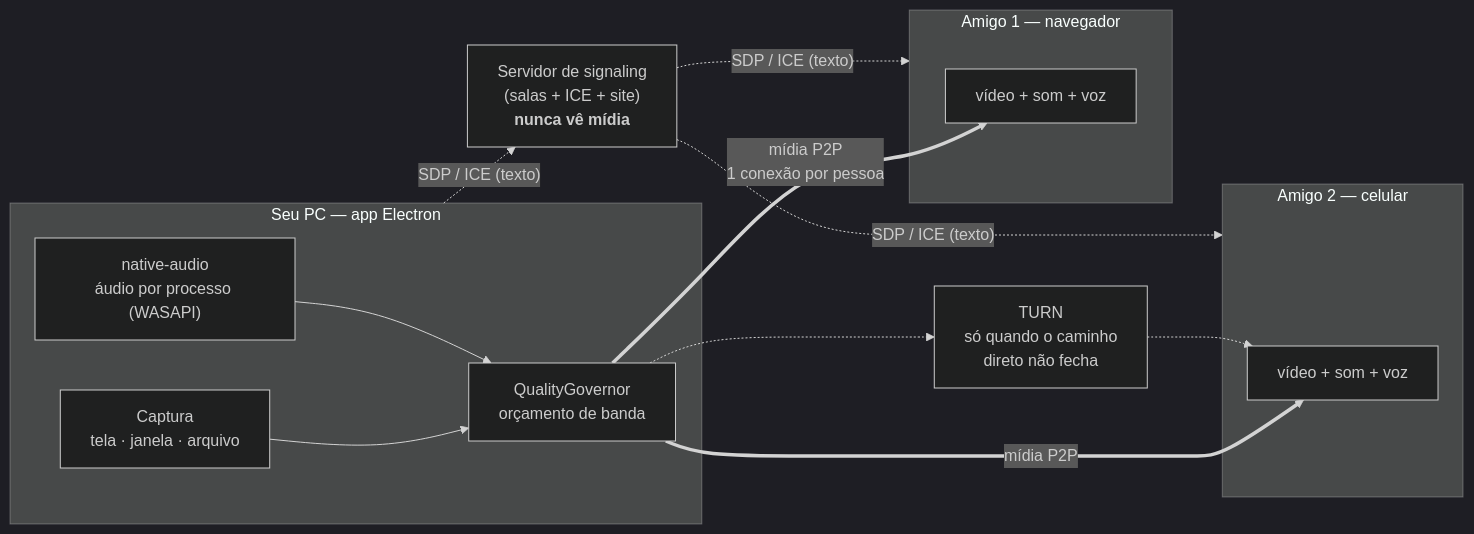
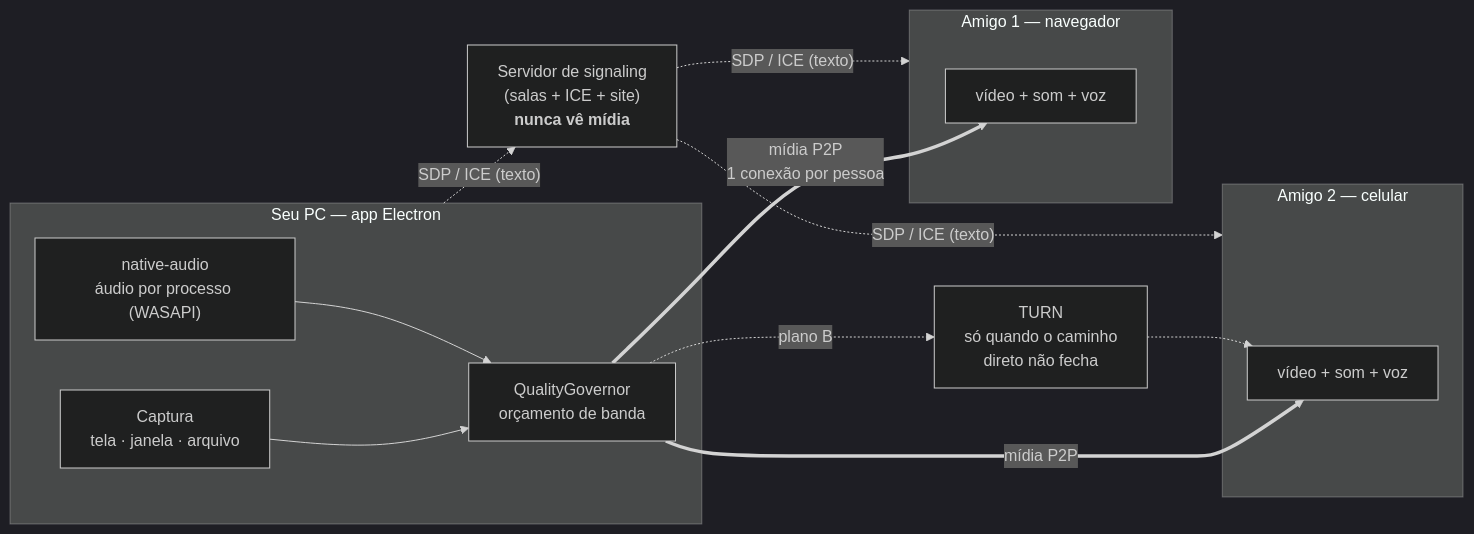
One commit to Lauiskk/junto changed the diagram in README.md. Above: the diagram before and after it, drawn with Mermaid (dark theme).

Commit message:
README: forma de rotulo mais legivel no diagrama mermaid
Troca `A == "texto" ==> B` por `A ==>|"texto"| B`. As duas formas sao validas
(conferido com o parser do mermaid); a segunda separa melhor o rotulo da seta
quando o texto tem parenteses e acentos.

````diff
--- a/README.md
+++ b/README.md
@@ -25,29 +25,30 @@
 ```mermaid
 flowchart LR
     subgraph HOST["Seu PC — app Electron"]
         CAP["Captura<br/>tela · janela · arquivo"]
         NAT["native-audio<br/>áudio por processo (WASAPI)"]
         GOV["QualityGovernor<br/>orçamento de banda"]
         CAP --> GOV
         NAT --> GOV
     end
 
     SRV["Servidor de signaling<br/>(salas + ICE + site)<br/><b>nunca vê mídia</b>"]
 
     subgraph V1["Amigo 1 — navegador"]
         P1["vídeo + som + voz"]
     end
     subgraph V2["Amigo 2 — celular"]
         P2["vídeo + som + voz"]
     end
 
-    HOST -. "SDP / ICE (texto)" .-> SRV
-    SRV -. "SDP / ICE (texto)" .-> V1
-    SRV -. "SDP / ICE (texto)" .-> V2
+    HOST -.->|"SDP / ICE (texto)"| SRV
+    SRV -.->|"SDP / ICE (texto)"| V1
+    SRV -.->|"SDP / ICE (texto)"| V2
 
-    GOV == "mídia P2P<br/>1 conexão por pessoa" ==> P1
-    GOV == "mídia P2P" ==> P2
+    GOV ==>|"mídia P2P<br/>1 conexão por pessoa"| P1
+    GOV ==>|"mídia P2P"| P2
 
     TURN["TURN<br/>só quando o caminho<br/>direto não fecha"]
-    GOV -.-> TURN -.-> P2
+    GOV -.->|"plano B"| TURN
+    TURN -.-> P2
 ```
````
